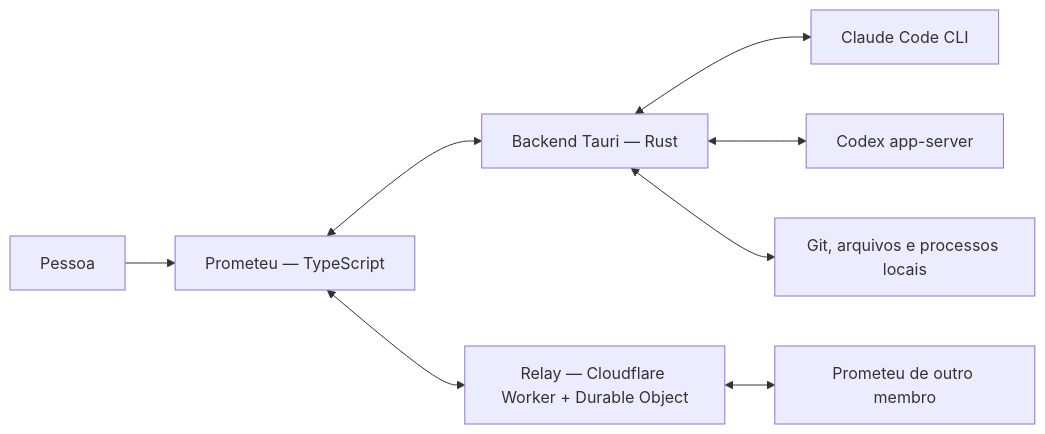
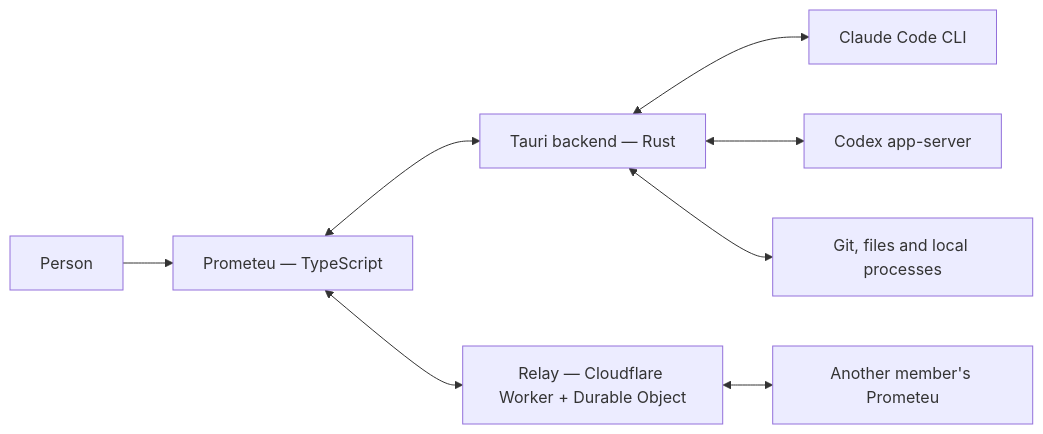
One commit to JabsRafael/prometeu changed the diagram in ARCHITECTURE.md. Above: the diagram before and after it, drawn with Mermaid. The commit also changed other lines of this file and 64 other files, not shown here.

````diff
--- a/ARCHITECTURE.md
+++ b/ARCHITECTURE.md
@@ -17,10 +17,10 @@
 ```mermaid
 flowchart LR
-    person[Pessoa] --> ui[Prometeu — TypeScript]
-    ui <--> back[Backend Tauri — Rust]
+    person[Person] --> ui[Prometeu — TypeScript]
+    ui <--> back[Tauri backend — Rust]
     back <--> claude[Claude Code CLI]
     back <--> codex[Codex app-server]
-    back <--> local[Git, arquivos e processos locais]
+    back <--> local[Git, files and local processes]
     ui <--> relay[Relay — Cloudflare Worker + Durable Object]
-    relay <--> peer[Prometeu de outro membro]
+    relay <--> peer[Another member's Prometeu]
 ```
````
